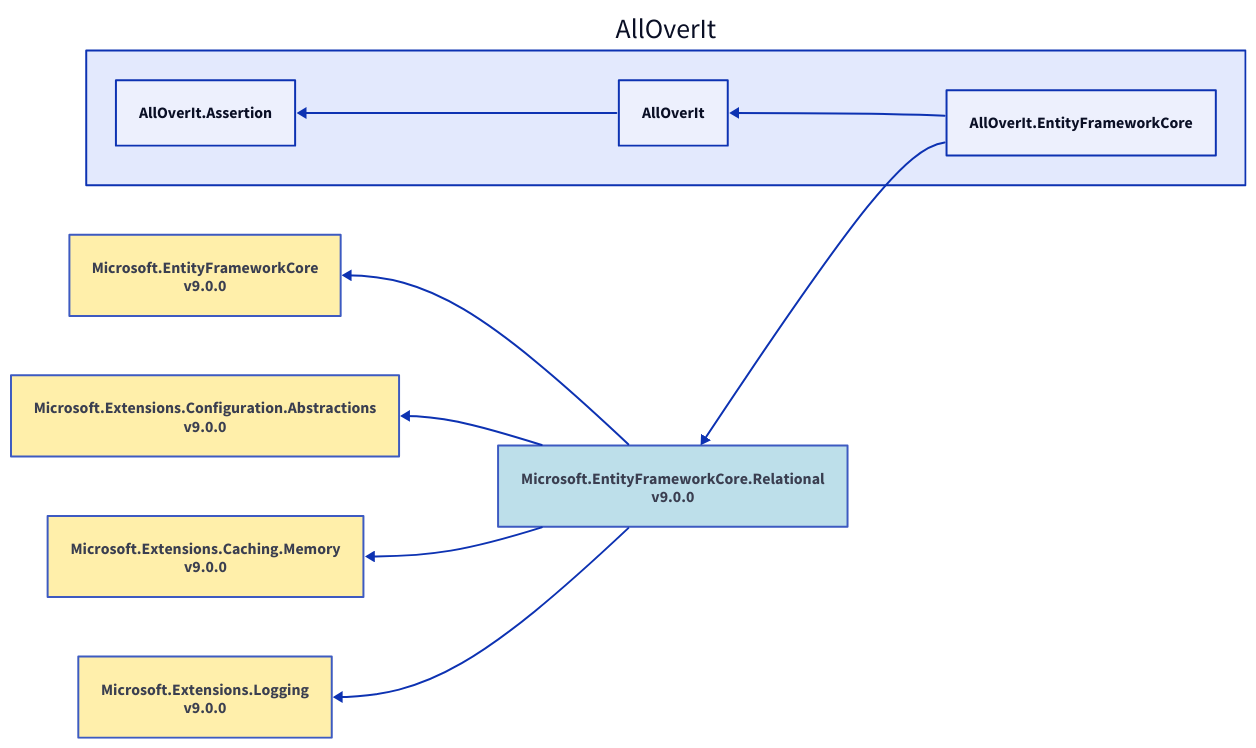
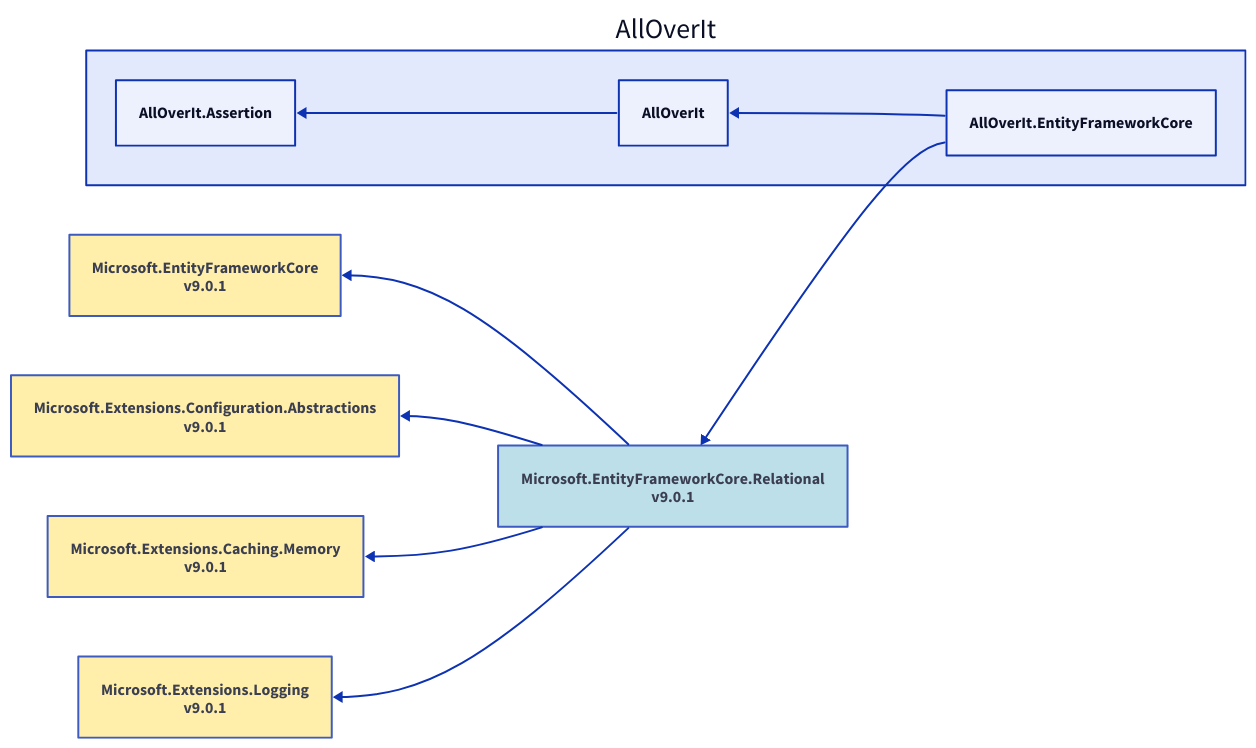
One commit to mjfreelancing/AllOverIt changed the diagram in Docs/Reference/Content/images/dependencies/net9.0/alloverit-entityframeworkcore.d2. Above: the diagram before and after it, drawn with D2. The commit also changed 111 other files, not shown here.

```diff
--- a/Docs/Reference/Content/images/dependencies/net9.0/alloverit-entityframeworkcore.d2
+++ b/Docs/Reference/Content/images/dependencies/net9.0/alloverit-entityframeworkcore.d2
@@ -1,28 +1,28 @@
 direction: left
 
 aoi: AllOverIt
 aoi.alloverit-entityframeworkcore: AllOverIt.EntityFrameworkCore
-microsoft-entityframeworkcore-relational_9-0-0: Microsoft.EntityFrameworkCore.Relational\nv9.0.0
-microsoft-entityframeworkcore-relational_9-0-0.style.fill: "#ADD8E6"
-microsoft-entityframeworkcore-relational_9-0-0.style.opacity: 0.8
-microsoft-entityframeworkcore_9-0-0: Microsoft.EntityFrameworkCore\nv9.0.0
-microsoft-entityframeworkcore_9-0-0.style.fill: "#FFEC96"
-microsoft-entityframeworkcore_9-0-0.style.opacity: 0.8
-microsoft-entityframeworkcore_9-0-0 <- microsoft-entityframeworkcore-relational_9-0-0
-microsoft-extensions-configuration-abstractions_9-0-0: Microsoft.Extensions.Configuration.Abstractions\nv9.0.0
-microsoft-extensions-configuration-abstractions_9-0-0.style.fill: "#FFEC96"
-microsoft-extensions-configuration-abstractions_9-0-0.style.opacity: 0.8
-microsoft-extensions-configuration-abstractions_9-0-0 <- microsoft-entityframeworkcore-relational_9-0-0
-microsoft-extensions-caching-memory_9-0-0: Microsoft.Extensions.Caching.Memory\nv9.0.0
-microsoft-extensions-caching-memory_9-0-0.style.fill: "#FFEC96"
-microsoft-extensions-caching-memory_9-0-0.style.opacity: 0.8
-microsoft-extensions-caching-memory_9-0-0 <- microsoft-entityframeworkcore-relational_9-0-0
-microsoft-extensions-logging_9-0-0: Microsoft.Extensions.Logging\nv9.0.0
-microsoft-extensions-logging_9-0-0.style.fill: "#FFEC96"
-microsoft-extensions-logging_9-0-0.style.opacity: 0.8
-microsoft-extensions-logging_9-0-0 <- microsoft-entityframeworkcore-relational_9-0-0
-microsoft-entityframeworkcore-relational_9-0-0 <- aoi.alloverit-entityframeworkcore
+microsoft-entityframeworkcore-relational_9-0-1: Microsoft.EntityFrameworkCore.Relational\nv9.0.1
+microsoft-entityframeworkcore-relational_9-0-1.style.fill: "#ADD8E6"
+microsoft-entityframeworkcore-relational_9-0-1.style.opacity: 0.8
+microsoft-entityframeworkcore_9-0-1: Microsoft.EntityFrameworkCore\nv9.0.1
+microsoft-entityframeworkcore_9-0-1.style.fill: "#FFEC96"
+microsoft-entityframeworkcore_9-0-1.style.opacity: 0.8
+microsoft-entityframeworkcore_9-0-1 <- microsoft-entityframeworkcore-relational_9-0-1
+microsoft-extensions-configuration-abstractions_9-0-1: Microsoft.Extensions.Configuration.Abstractions\nv9.0.1
+microsoft-extensions-configuration-abstractions_9-0-1.style.fill: "#FFEC96"
+microsoft-extensions-configuration-abstractions_9-0-1.style.opacity: 0.8
+microsoft-extensions-configuration-abstractions_9-0-1 <- microsoft-entityframeworkcore-relational_9-0-1
+microsoft-extensions-caching-memory_9-0-1: Microsoft.Extensions.Caching.Memory\nv9.0.1
+microsoft-extensions-caching-memory_9-0-1.style.fill: "#FFEC96"
+microsoft-extensions-caching-memory_9-0-1.style.opacity: 0.8
+microsoft-extensions-caching-memory_9-0-1 <- microsoft-entityframeworkcore-relational_9-0-1
+microsoft-extensions-logging_9-0-1: Microsoft.Extensions.Logging\nv9.0.1
+microsoft-extensions-logging_9-0-1.style.fill: "#FFEC96"
+microsoft-extensions-logging_9-0-1.style.opacity: 0.8
+microsoft-extensions-logging_9-0-1 <- microsoft-entityframeworkcore-relational_9-0-1
+microsoft-entityframeworkcore-relational_9-0-1 <- aoi.alloverit-entityframeworkcore
 aoi.alloverit: AllOverIt
 aoi.alloverit-assertion: AllOverIt.Assertion
 aoi.alloverit-assertion <- aoi.alloverit
 aoi.alloverit <- aoi.alloverit-entityframeworkcore
```
